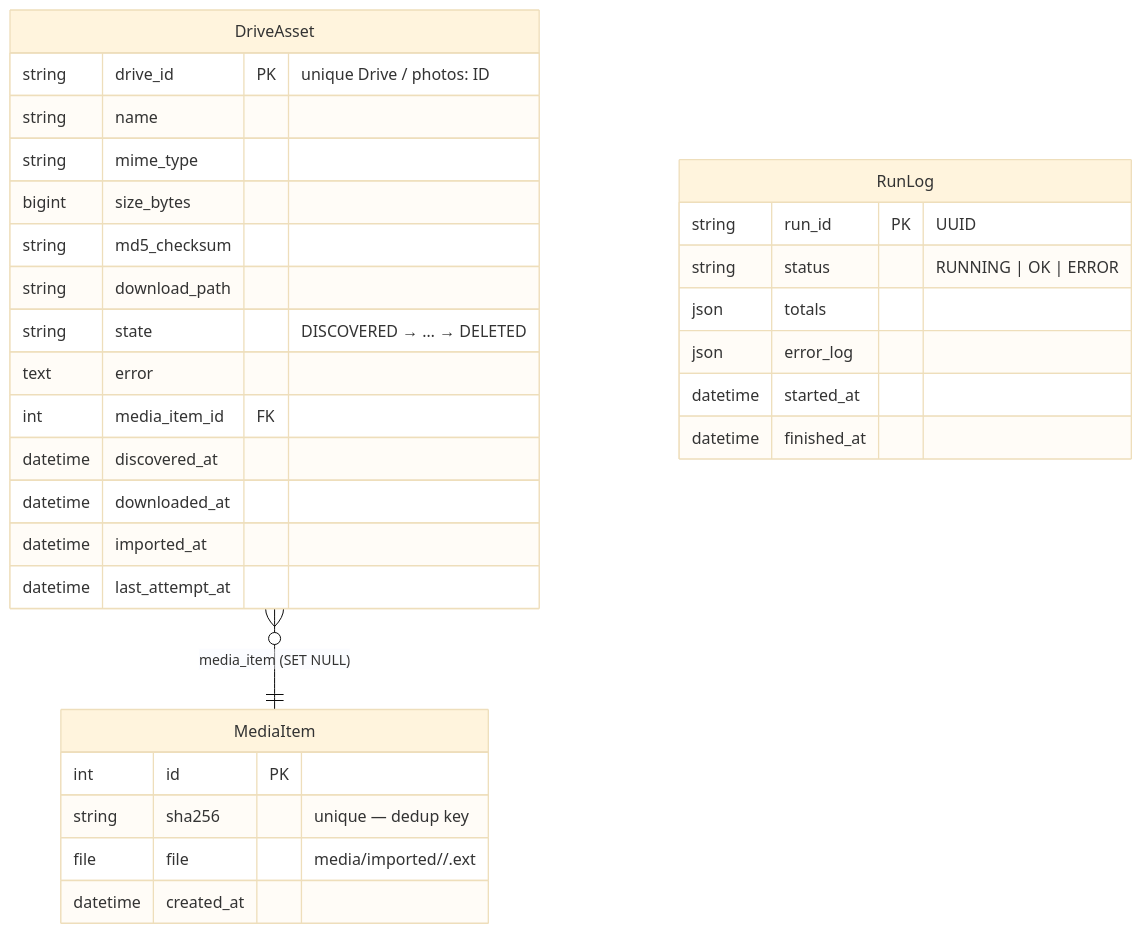
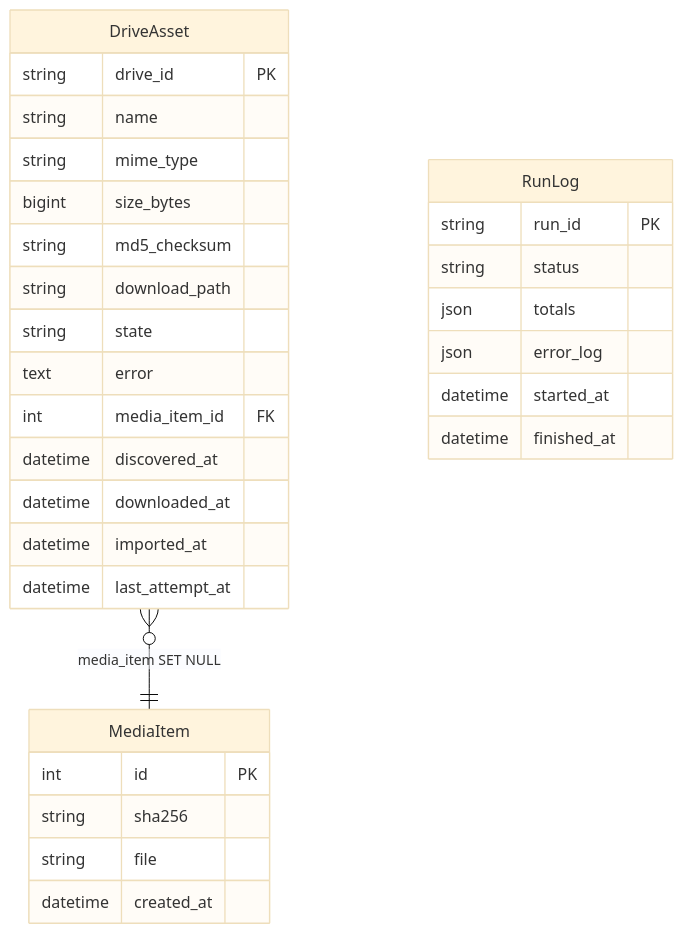
One commit to devadalberto/backdeezup changed the third of 4 diagrams in README.md. Above: the diagram before and after it, drawn with Mermaid (base theme). The commit also changed other lines of this file and 18 other files, not shown here.

First line of the commit message:
docs: release v0.3.0 - complete documentation suite and fixed Mermaid diagrams

````diff
--- a/README.md
+++ b/README.md
@@ -49,33 +49,33 @@
 ```mermaid
 erDiagram
     DriveAsset {
-        string  drive_id       PK "unique Drive / photos: ID"
+        string  drive_id       PK
         string  name
         string  mime_type
         bigint  size_bytes
         string  md5_checksum
         string  download_path
-        string  state          "DISCOVERED → … → DELETED"
+        string  state
         text    error
         int     media_item_id  FK
         datetime discovered_at
         datetime downloaded_at
         datetime imported_at
         datetime last_attempt_at
     }
     MediaItem {
-        int    id       PK
-        string sha256   "unique — dedup key"
-        file   file     "media/imported/<sha[:2]>/<sha>.ext"
+        int      id        PK
+        string   sha256
+        string   file
         datetime created_at
     }
     RunLog {
-        string   run_id      PK "UUID"
-        string   status      "RUNNING | OK | ERROR"
+        string   run_id     PK
+        string   status
         json     totals
         json     error_log
         datetime started_at
         datetime finished_at
     }
-    DriveAsset }o--|| MediaItem : "media_item (SET NULL)"
+    DriveAsset }o--|| MediaItem : "media_item SET NULL"
 ```
````
